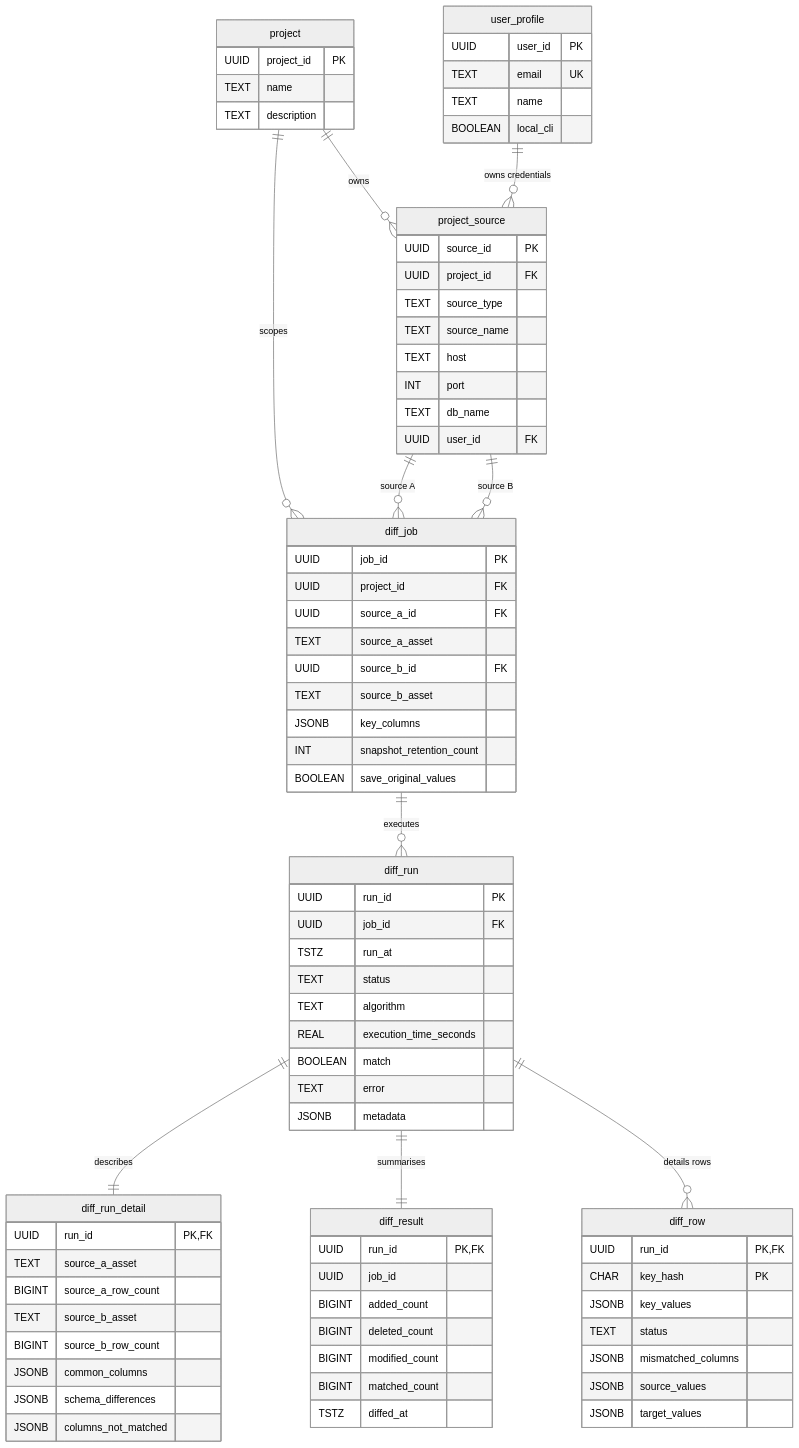
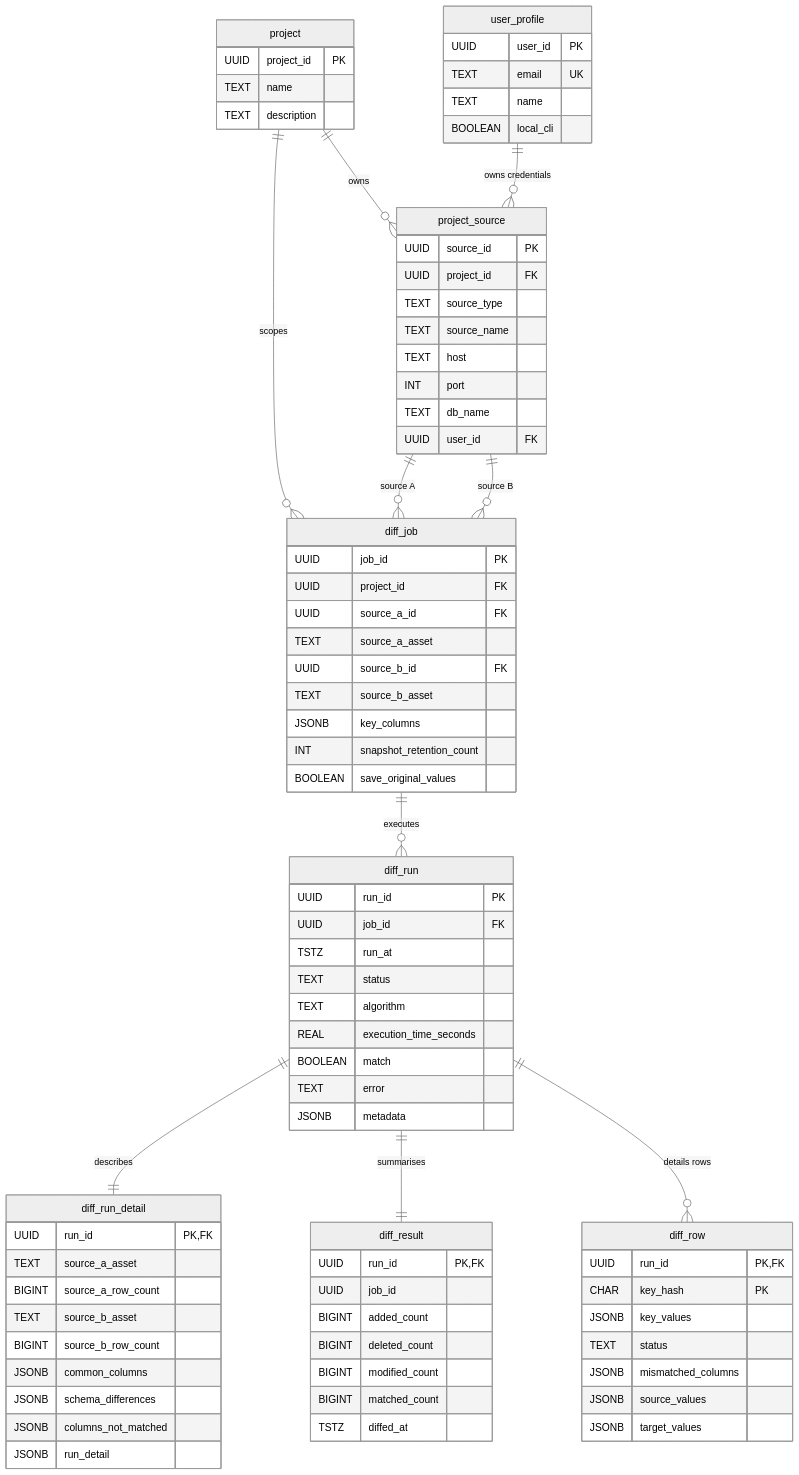
One commit to stratusstack/DiMer changed the diagram in PERSISTENCE.md. Above: the diagram before and after it, drawn with Mermaid (neutral theme). The commit also changed other lines of this file and 3 other files, not shown here.

Commit message:
updated diff_run_detail schema

```diff
--- a/PERSISTENCE.md
+++ b/PERSISTENCE.md
@@ -93,6 +93,7 @@
         JSONB   common_columns
         JSONB   schema_differences
         JSONB   columns_not_matched
+        JSONB   run_detail
     }
     diff_result {
         UUID   run_id         PK,FK
```
